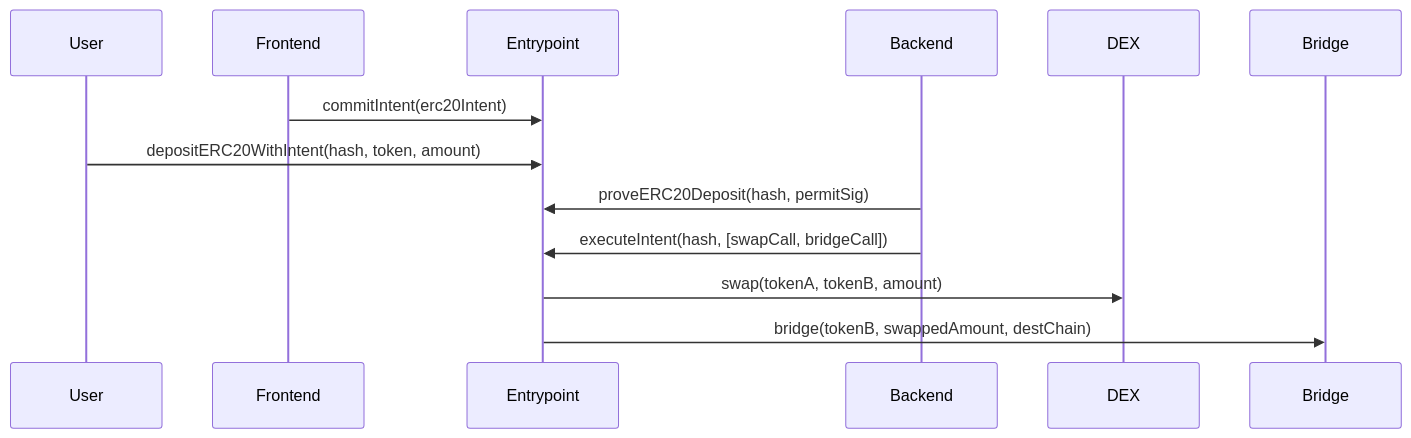
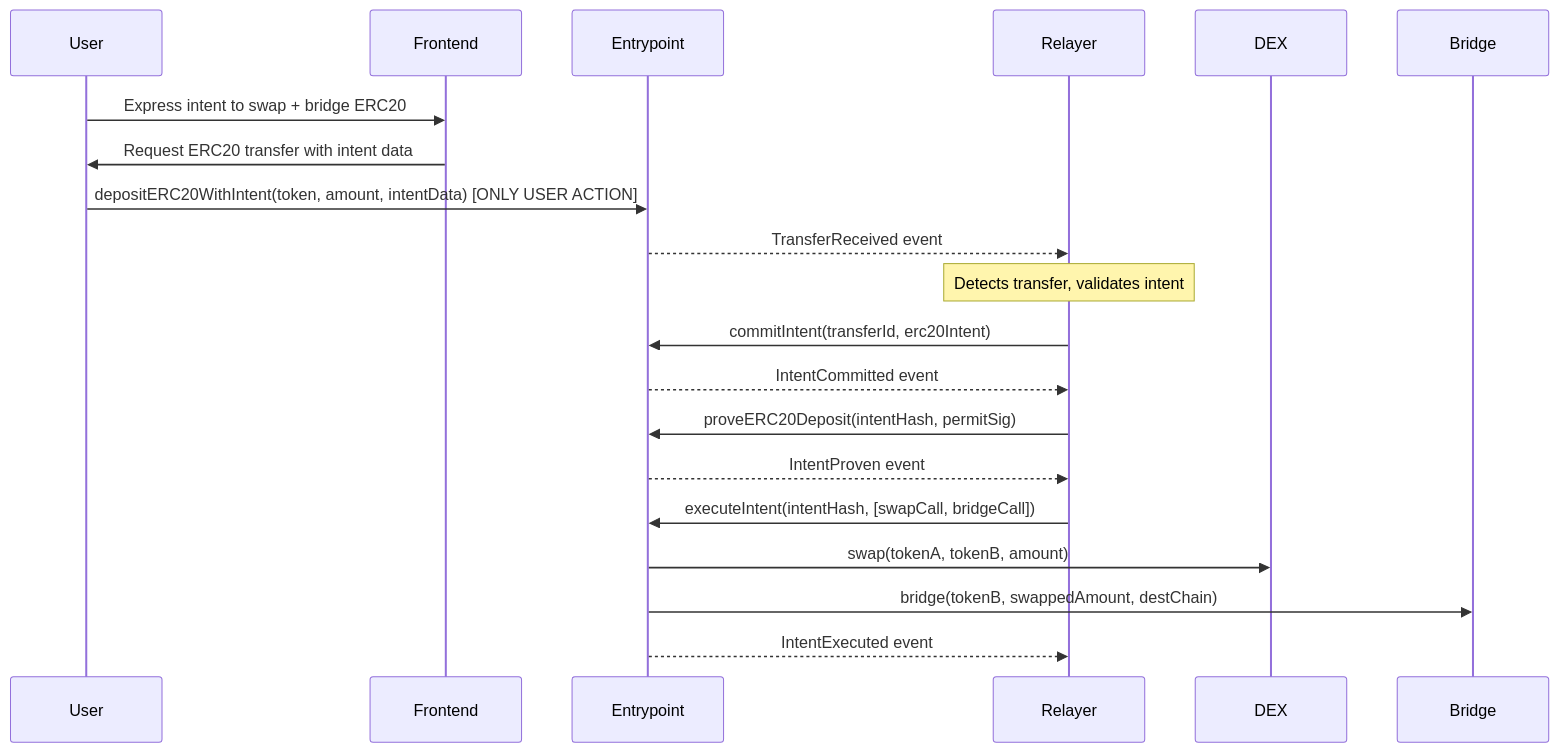
One commit to 0xsequence/trails-contracts changed the second of 2 diagrams in docs/TrailsEntrypointV2.md. Above: the diagram before and after it, drawn with Mermaid. The commit also changed other lines of this file and 2 other files, not shown here.

First line of the commit message:
feat: implement relayer-operated architecture for TrailsEntrypointV2

````diff
--- a/docs/TrailsEntrypointV2.md
+++ b/docs/TrailsEntrypointV2.md
@@ -289,17 +299,26 @@
 ```mermaid
 sequenceDiagram
     participant User
     participant Frontend
     participant Entrypoint
-    participant Backend
+    participant Relayer
     participant DEX
     participant Bridge
 
-    Frontend->>Entrypoint: commitIntent(erc20Intent)
-    User->>Entrypoint: depositERC20WithIntent(hash, token, amount)
-    Backend->>Entrypoint: proveERC20Deposit(hash, permitSig)
+    User->>Frontend: Express intent to swap + bridge ERC20
+    Frontend->>User: Request ERC20 transfer with intent data
+    User->>Entrypoint: depositERC20WithIntent(token, amount, intentData) [ONLY USER ACTION]
+    Entrypoint-->>Relayer: TransferReceived event
     
-    Backend->>Entrypoint: executeIntent(hash, [swapCall, bridgeCall])
+    Note over Relayer: Detects transfer, validates intent
+    Relayer->>Entrypoint: commitIntent(transferId, erc20Intent)
+    Entrypoint-->>Relayer: IntentCommitted event
+    
+    Relayer->>Entrypoint: proveERC20Deposit(intentHash, permitSig)
+    Entrypoint-->>Relayer: IntentProven event
+    
+    Relayer->>Entrypoint: executeIntent(intentHash, [swapCall, bridgeCall])
     Entrypoint->>DEX: swap(tokenA, tokenB, amount)
     Entrypoint->>Bridge: bridge(tokenB, swappedAmount, destChain)
+    Entrypoint-->>Relayer: IntentExecuted event
 ```
````
